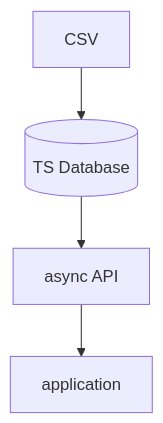
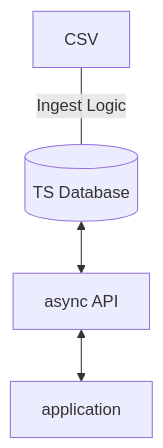
The diagram in data_engineer/README.md (Swissgrid-AG-External/coding_challenges), drawn with Mermaid before and after one commit.

Commit message:
finalized mermaid chart

````diff
--- a/data_engineer/README.md
+++ b/data_engineer/README.md
@@ -27,4 +27,4 @@
 ```mermaid
   flowchart TD
-    CSV  --> id1[(TS Database)] --> id2[async API] --> id3[application]
+    CSV -- Ingest Logic ---id1[(TS Database)] <--> id2[async API] <--> id3[application]
 ```
````
